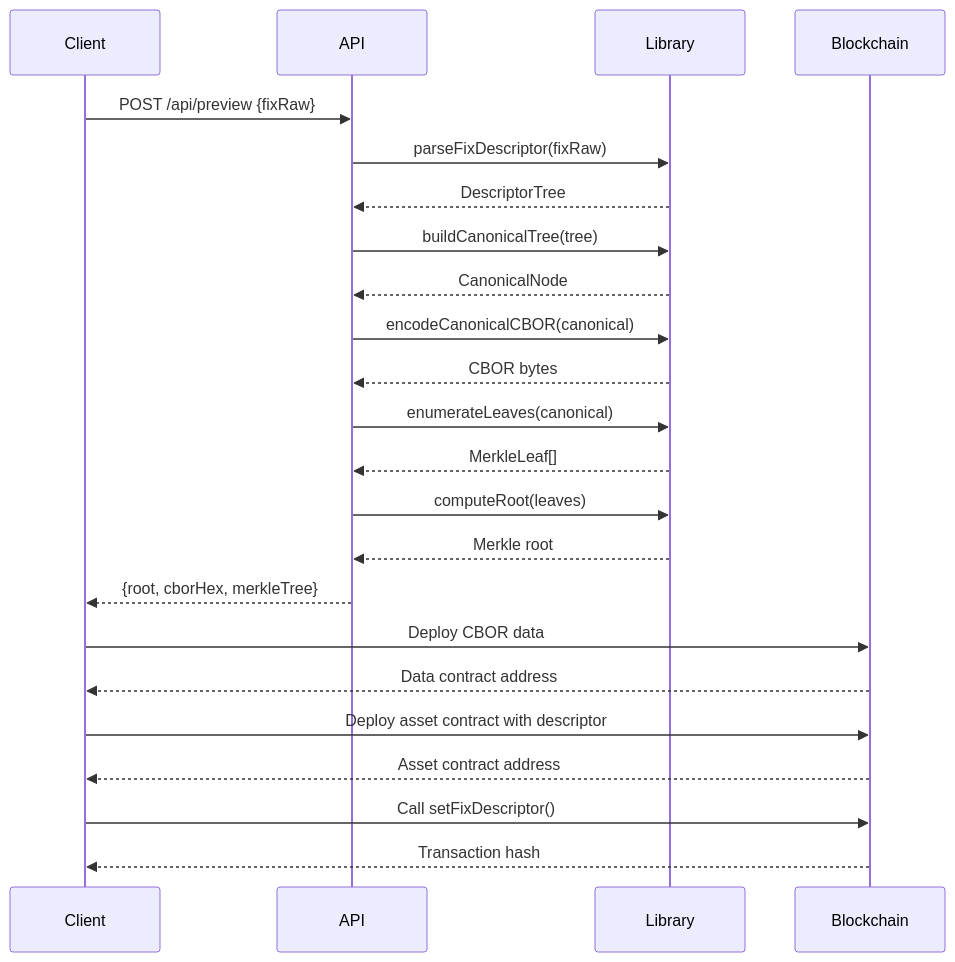
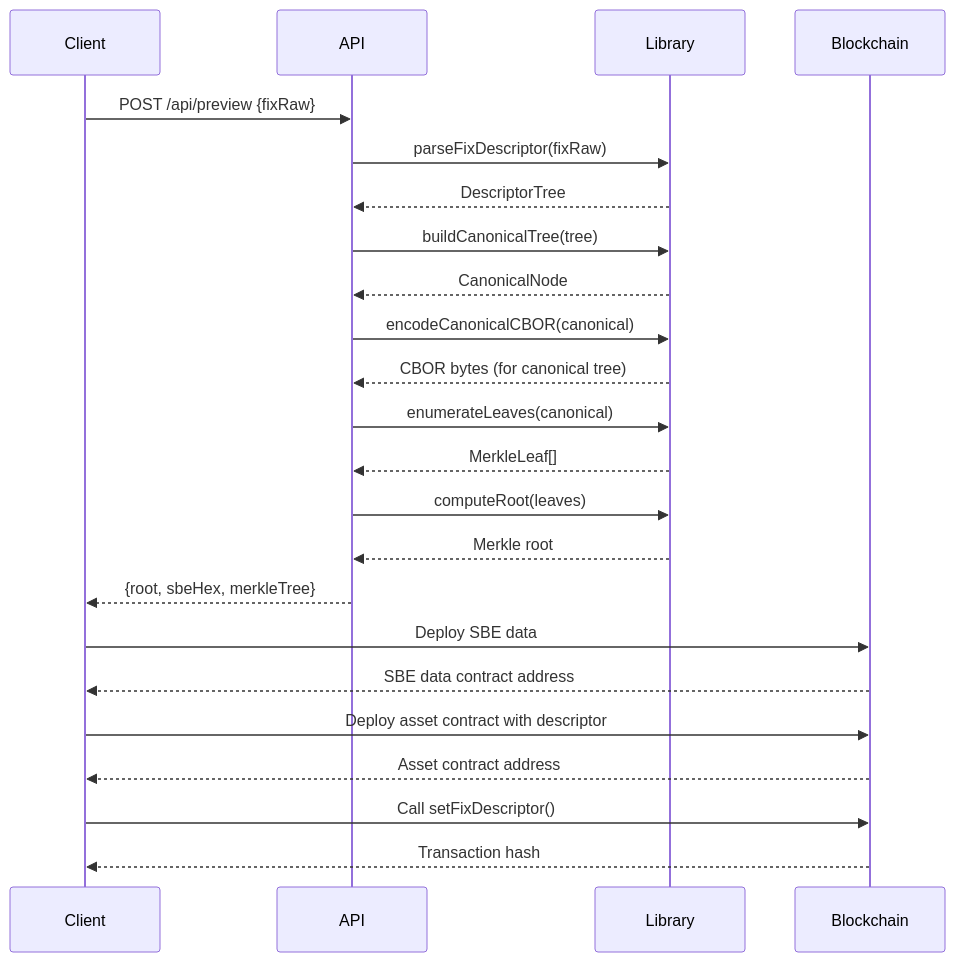
One commit to swapnilraj/fix-descriptor changed the second of 7 diagrams in docs/architecture.md. Above: the diagram before and after it, drawn with Mermaid. The commit also changed other lines of this file and 13 other files, not shown here.

````diff
--- a/docs/architecture.md
+++ b/docs/architecture.md
@@ -157,27 +158,27 @@
 ```mermaid
 sequenceDiagram
     participant Client
     participant API
     participant Library
     participant Blockchain
     
     Client->>API: POST /api/preview {fixRaw}
     API->>Library: parseFixDescriptor(fixRaw)
     Library-->>API: DescriptorTree
     API->>Library: buildCanonicalTree(tree)
     Library-->>API: CanonicalNode
     API->>Library: encodeCanonicalCBOR(canonical)
-    Library-->>API: CBOR bytes
+    Library-->>API: CBOR bytes (for canonical tree)
     API->>Library: enumerateLeaves(canonical)
     Library-->>API: MerkleLeaf[]
     API->>Library: computeRoot(leaves)
     Library-->>API: Merkle root
-    API-->>Client: {root, cborHex, merkleTree}
+    API-->>Client: {root, sbeHex, merkleTree}
     
-    Client->>Blockchain: Deploy CBOR data
-    Blockchain-->>Client: Data contract address
+    Client->>Blockchain: Deploy SBE data
+    Blockchain-->>Client: SBE data contract address
     Client->>Blockchain: Deploy asset contract with descriptor
     Blockchain-->>Client: Asset contract address
     Client->>Blockchain: Call setFixDescriptor()
     Blockchain-->>Client: Transaction hash
 ```
````
